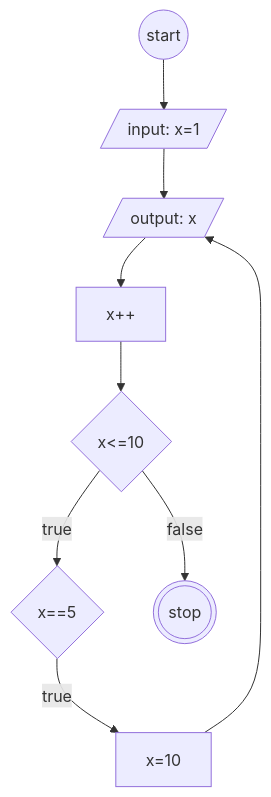
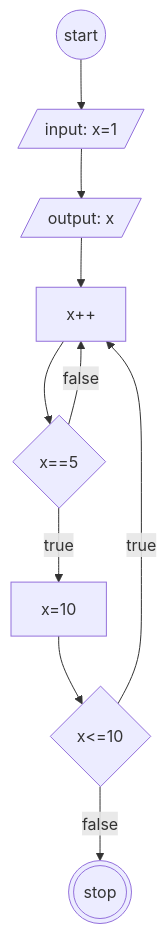
Before and after one commit to mslthn/koda-b6-javascript1: the second of 2 diagrams in flowchart-loop.md, drawn with Mermaid.

````diff
--- a/flowchart-loop.md
+++ b/flowchart-loop.md
@@ -22,18 +22,20 @@
 ```mermaid
 flowchart TD
 start@{shape: circ}
 init@{shape: lean-r, label: "input: x=1"}
 for@{shape: diamond, label: "x<=10"}
 cons@{shape: lean-r, label: "output: x"}
 if@{shape: diamond, label: "x==5"}
 ifTrue@{shape: rect, label: "x=10"}
 update@{shape: rect, label: "x++"}
 forStop@{shape: dbl-circ, label: "stop"}
 
 start-->init
 init-->cons
-cons-->update-->for
+cons-->update-->if
+if-->|true| ifTrue
+if-->|false| update
+ifTrue-->for
 for-->|false| forStop
-for-->|true| if-->|true| ifTrue
-ifTrue-->cons
+for-->|true| update
 ```
````
